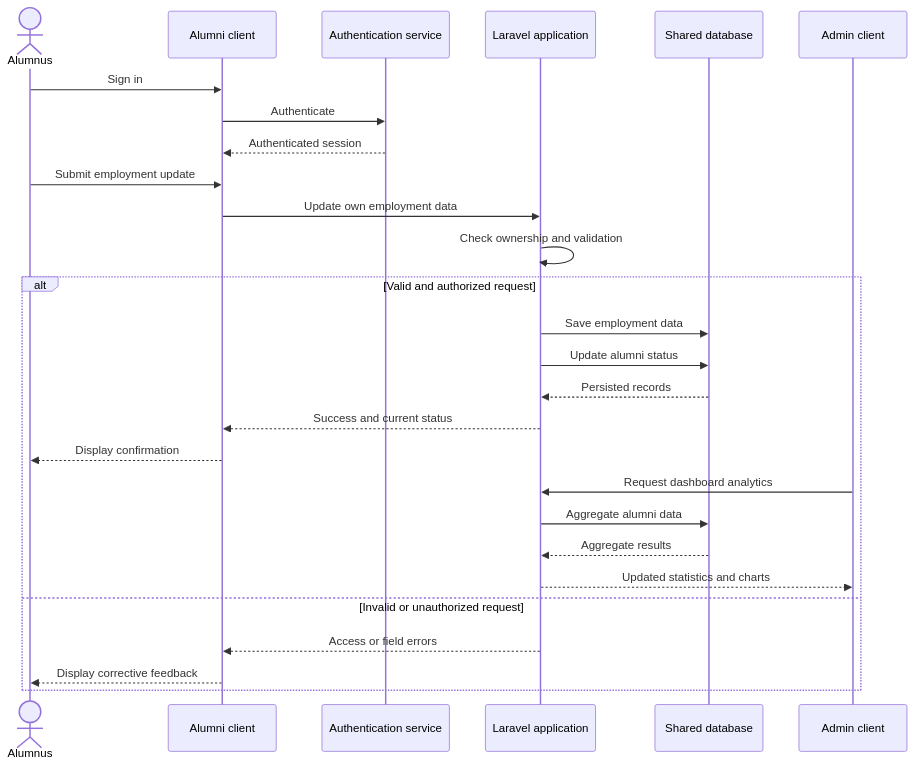
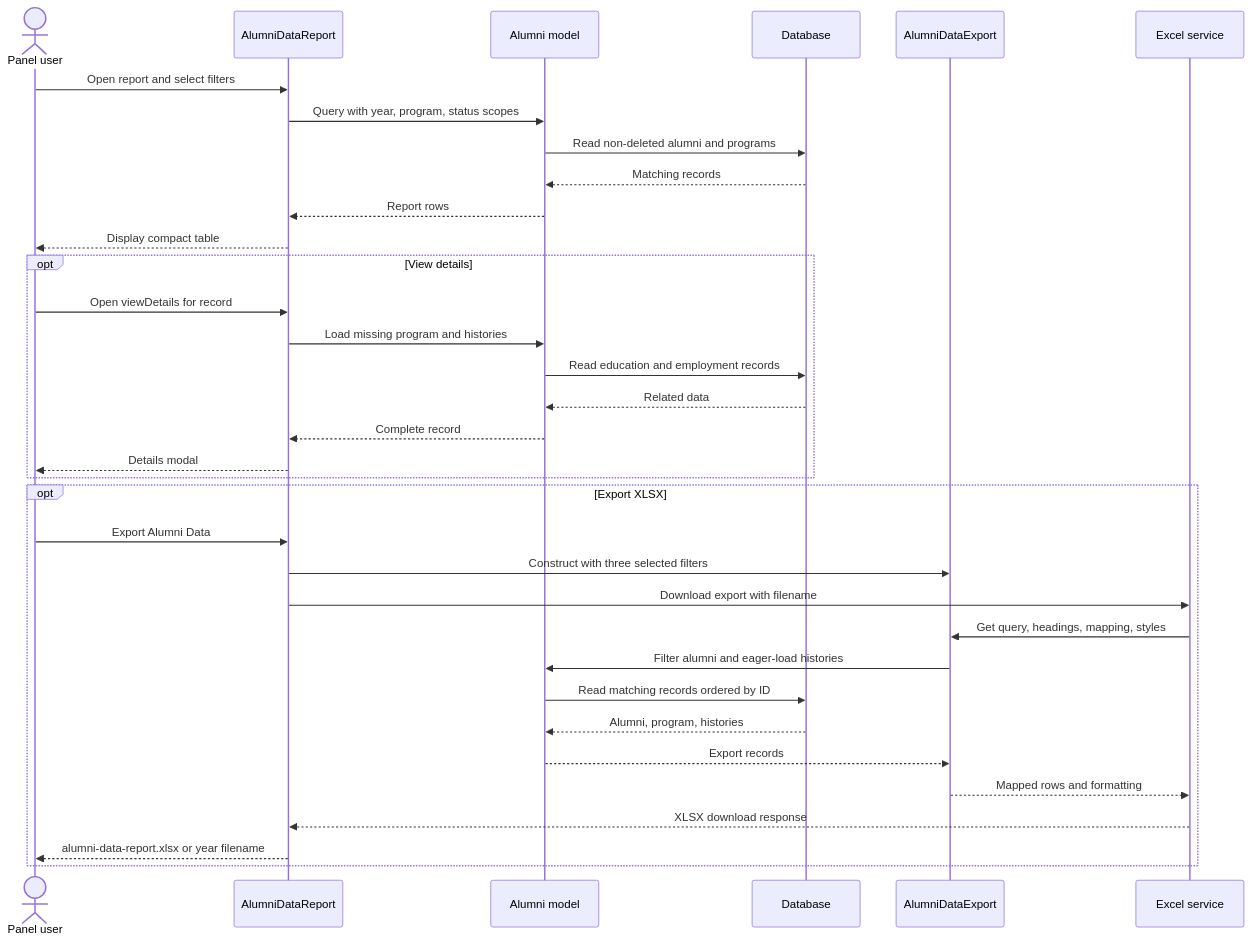
The third of 4 diagrams in object-modeling.md (zrlldy/alumni-tracer), drawn with Mermaid before and after one commit. The commit also changed other lines of this file and 19 other files, not shown here.

Commit message:
added the alumni data report export page

````diff
--- a/object-modeling.md
+++ b/object-modeling.md
@@ -162,30 +118,37 @@
 ```mermaid
 sequenceDiagram
-    actor Alumnus
-    participant AlumniClient as Alumni client
-    participant Auth as Authentication service
-    participant App as Laravel application
-    participant Database as Shared database
-    participant AdminClient as Admin client
+    actor U as Panel user
+    participant P as AlumniDataReport
+    participant A as Alumni model
+    participant DB as Database
+    participant X as AlumniDataExport
+    participant E as Excel service
 
-    Alumnus->>AlumniClient: Sign in
-    AlumniClient->>Auth: Authenticate
-    Auth-->>AlumniClient: Authenticated session
-    Alumnus->>AlumniClient: Submit employment update
-    AlumniClient->>App: Update own employment data
-    App->>App: Check ownership and validation
-    alt Valid and authorized request
-        App->>Database: Save employment data
-        App->>Database: Update alumni status
-        Database-->>App: Persisted records
-        App-->>AlumniClient: Success and current status
-        AlumniClient-->>Alumnus: Display confirmation
-        AdminClient->>App: Request dashboard analytics
-        App->>Database: Aggregate alumni data
-        Database-->>App: Aggregate results
-        App-->>AdminClient: Updated statistics and charts
-    else Invalid or unauthorized request
-        App-->>AlumniClient: Access or field errors
-        AlumniClient-->>Alumnus: Display corrective feedback
+    U->>P: Open report and select filters
+    P->>A: Query with year, program, status scopes
+    A->>DB: Read non-deleted alumni and programs
+    DB-->>A: Matching records
+    A-->>P: Report rows
+    P-->>U: Display compact table
+    opt View details
+        U->>P: Open viewDetails for record
+        P->>A: Load missing program and histories
+        A->>DB: Read education and employment records
+        DB-->>A: Related data
+        A-->>P: Complete record
+        P-->>U: Details modal
+    end
+    opt Export XLSX
+        U->>P: Export Alumni Data
+        P->>X: Construct with three selected filters
+        P->>E: Download export with filename
+        E->>X: Get query, headings, mapping, styles
+        X->>A: Filter alumni and eager-load histories
+        A->>DB: Read matching records ordered by ID
+        DB-->>A: Alumni, program, histories
+        A-->>X: Export records
+        X-->>E: Mapped rows and formatting
+        E-->>P: XLSX download response
+        P-->>U: alumni-data-report.xlsx or year filename
     end
 ```
````
